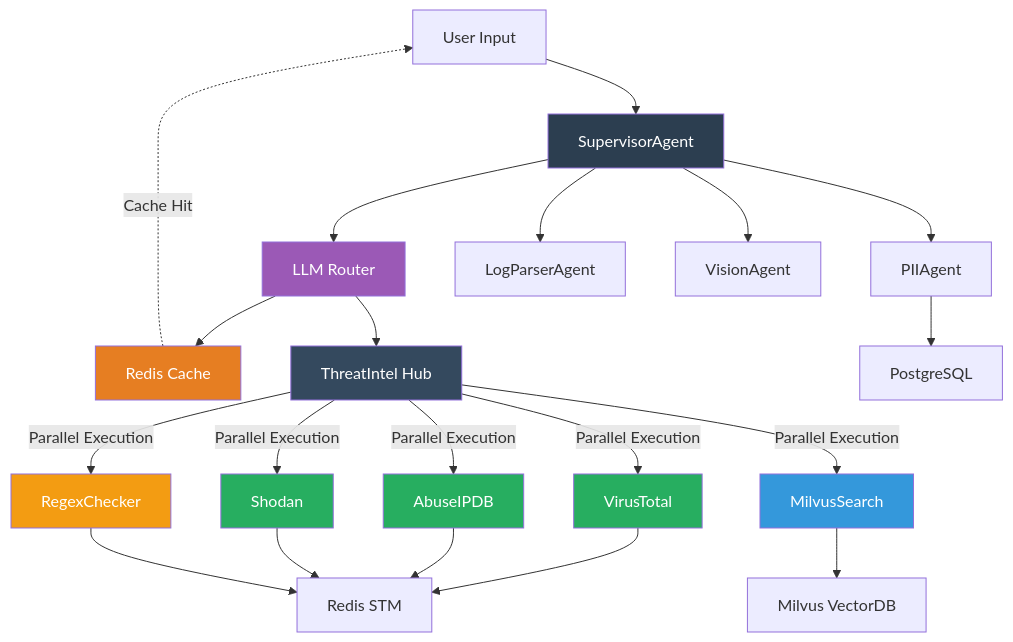
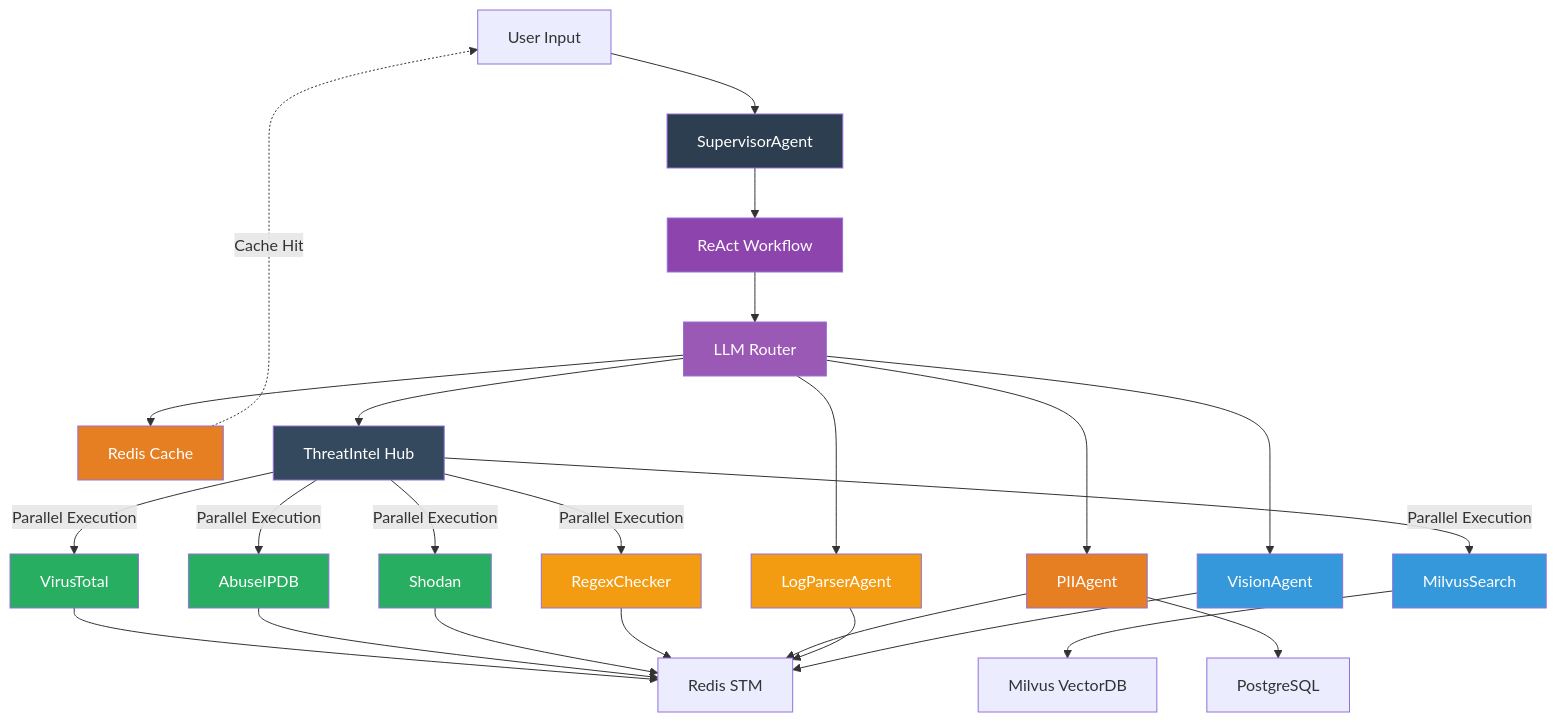
One commit to chintamanil/cybershield changed the diagram in README.md. Above: the diagram before and after it, drawn with Mermaid. The commit also changed 2 other files, not shown here.

Commit message:
updated TODO and gitignore

````diff
--- a/README.md
+++ b/README.md
@@ -39,57 +39,65 @@
 ```mermaid
 graph TD
     U1[User Input]
+    A1[SupervisorAgent]
+    REACT[ReAct Workflow]
     LLM[LLM Router]
     CACHE[Redis Cache]
 
-    A1[SupervisorAgent]
     TI[ThreatIntel Hub]
-
     T1[VirusTotal]
     T2[AbuseIPDB]
     T3[Shodan]
     T4[MilvusSearch]
     T5[RegexChecker]
 
     A2[PIIAgent]
     A4[LogParserAgent]
     A5[VisionAgent]
 
     M1[Redis STM]
     V1[Milvus VectorDB]
     DB1[PostgreSQL]
 
     U1 --> A1
-    A1 --> LLM
+    A1 --> REACT
+    REACT --> LLM
     LLM --> CACHE
     CACHE -.->|Cache Hit| U1
 
     LLM --> TI
+    LLM --> A2
+    LLM --> A4
+    LLM --> A5
+
     TI -->|Parallel Execution| T1
     TI -->|Parallel Execution| T2
     TI -->|Parallel Execution| T3
     TI -->|Parallel Execution| T4
     TI -->|Parallel Execution| T5
 
     T1 --> M1
     T2 --> M1
     T3 --> M1
     T4 --> V1
     T5 --> M1
 
-    A1 --> A2
-    A1 --> A4
-    A1 --> A5
-
+    A2 --> M1
     A2 --> DB1
+    A4 --> M1
+    A5 --> M1
 
     style A1 fill:#2c3e50, color:#ffffff
+    style REACT fill:#8e44ad, color:#ffffff
     style LLM fill:#9b59b6, color:#ffffff
     style CACHE fill:#e67e22, color:#ffffff
     style TI fill:#34495e, color:#ffffff
     style T1 fill:#27ae60, color:#ffffff
     style T2 fill:#27ae60, color:#ffffff
     style T3 fill:#27ae60, color:#ffffff
     style T4 fill:#3498db, color:#ffffff
     style T5 fill:#f39c12, color:#ffffff
+    style A2 fill:#e67e22, color:#ffffff
+    style A4 fill:#f39c12, color:#ffffff
+    style A5 fill:#3498db, color:#ffffff
 ```
````
